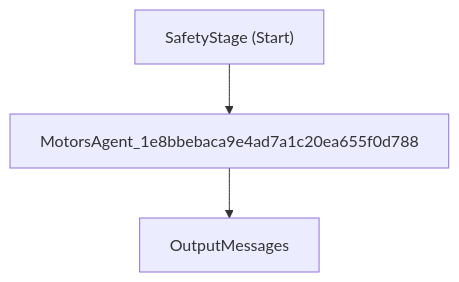
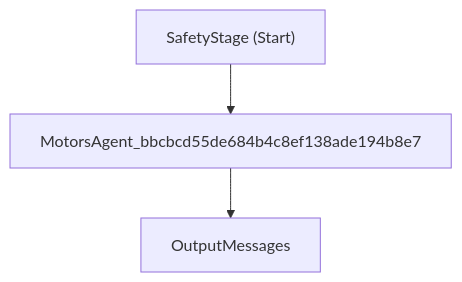
One commit to dcostea/AgentFrameworkBook changed the diagram in 12.AgentsOrchestration/SequenceOfConcurrentOrchestration/workflow.md. Above: the diagram before and after it, drawn with Mermaid. The commit also changed 8 other files, not shown here.

````diff
--- a/12.AgentsOrchestration/SequenceOfConcurrentOrchestration/workflow.md
+++ b/12.AgentsOrchestration/SequenceOfConcurrentOrchestration/workflow.md
@@ -3,8 +3,8 @@
 ```mermaid
 flowchart TD
   SafetyStage["SafetyStage (Start)"];
-  MotorsAgent_1e8bbebaca9e4ad7a1c20ea655f0d788["MotorsAgent_1e8bbebaca9e4ad7a1c20ea655f0d788"];
+  MotorsAgent_bbcbcd55de684b4c8ef138ade194b8e7["MotorsAgent_bbcbcd55de684b4c8ef138ade194b8e7"];
   OutputMessages["OutputMessages"];
-  SafetyStage --> MotorsAgent_1e8bbebaca9e4ad7a1c20ea655f0d788;
-  MotorsAgent_1e8bbebaca9e4ad7a1c20ea655f0d788 --> OutputMessages;
+  SafetyStage --> MotorsAgent_bbcbcd55de684b4c8ef138ade194b8e7;
+  MotorsAgent_bbcbcd55de684b4c8ef138ade194b8e7 --> OutputMessages;
 ```
````
